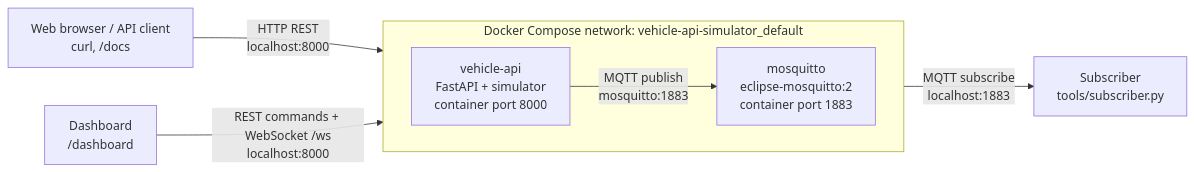
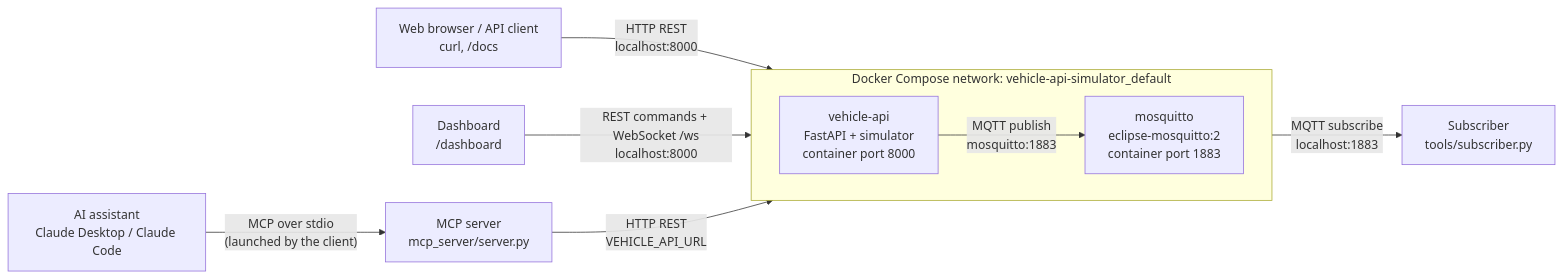
Before and after one commit to naosyke/vehicle-api-simulator: the first of 8 diagrams in docs/architecture.md, drawn with Mermaid. The commit also changed other lines of this file and 13 other files, not shown here.

First line of the commit message:
Add MCP server so AI assistants can read and control the vehicle

````diff
--- a/docs/architecture.md
+++ b/docs/architecture.md
@@ -12,17 +12,21 @@
 ```mermaid
 flowchart LR
     browser["Web browser / API client<br/>curl, /docs"]
     dashboard["Dashboard<br/>/dashboard"]
     subscriber["Subscriber<br/>tools/subscriber.py"]
+    ai["AI assistant<br/>Claude Desktop / Claude Code"]
+    mcp["MCP server<br/>mcp_server/server.py"]
 
     subgraph compose["Docker Compose network: vehicle-api-simulator_default"]
         direction LR
         api["vehicle-api<br/>FastAPI + simulator<br/>container port 8000"]
         broker["mosquitto<br/>eclipse-mosquitto:2<br/>container port 1883"]
     end
 
     browser -- "HTTP REST<br/>localhost:8000" --> api
     dashboard -- "REST commands + WebSocket /ws<br/>localhost:8000" --> api
+    ai -- "MCP over stdio<br/>(launched by the client)" --> mcp
+    mcp -- "HTTP REST<br/>VEHICLE_API_URL" --> api
     api -- "MQTT publish<br/>mosquitto:1883" --> broker
     broker -- "MQTT subscribe<br/>localhost:1883" --> subscriber
 ```
````
